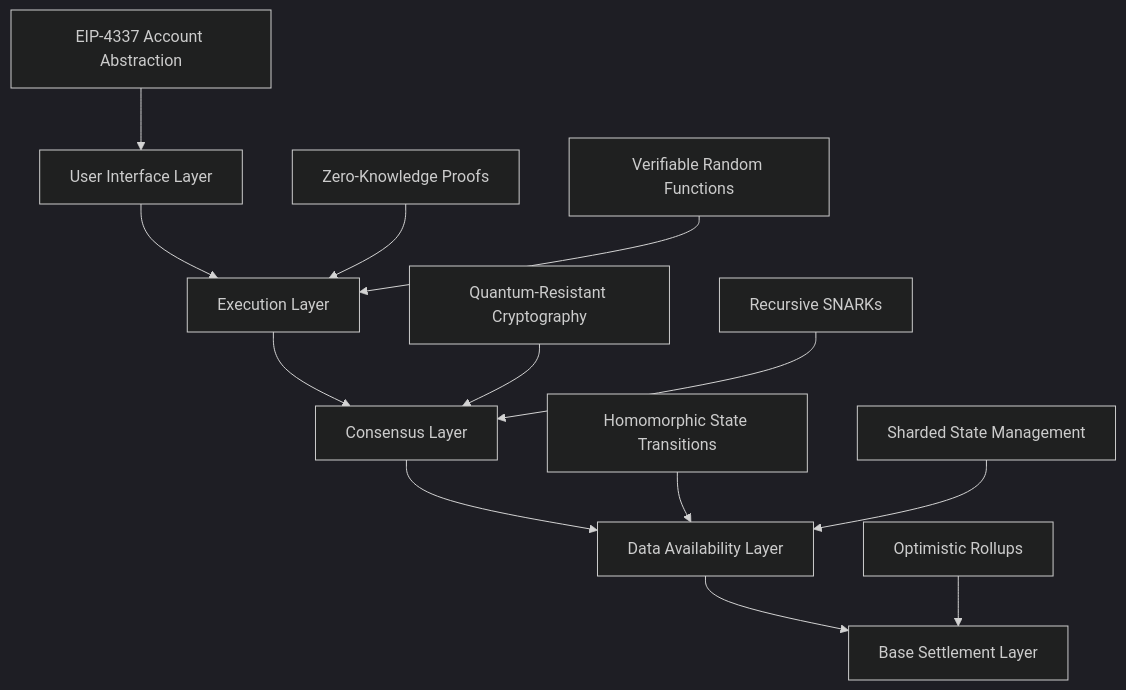
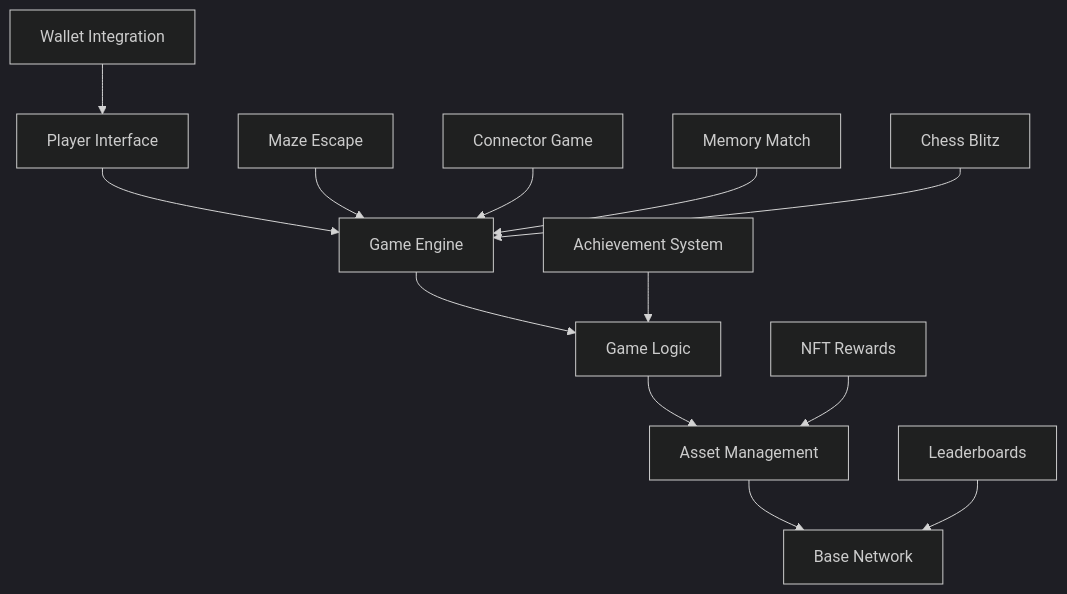
One commit to Kali-Decoder/BaseArena changed the first of 7 diagrams in README.md. Above: the diagram before and after it, drawn with Mermaid (dark theme). The commit also changed other lines of this file, not shown here.

````diff
--- a/README.md
+++ b/README.md
@@ -9,17 +9,17 @@
 ```mermaid
 graph TD
-    A[User Interface Layer] --> B[Execution Layer]
-    B --> C[Consensus Layer]
-    C --> D[Data Availability Layer]
-    D --> E[Base Settlement Layer]
+    A[Player Interface] --> B[Game Engine]
+    B --> C[Game Logic]
+    C --> D[Asset Management]
+    D --> E[Base Network]
     
-    F[Zero-Knowledge Proofs] --> B
-    G[Quantum-Resistant Cryptography] --> C
-    H[Homomorphic State Transitions] --> D
-    I[Verifiable Random Functions] --> B
+    F[Maze Escape] --> B
+    G[Connector Game] --> B
+    H[Memory Match] --> B
+    I[Chess Blitz] --> B
     
-    J[EIP-4337 Account Abstraction] --> A
-    K[Recursive SNARKs] --> C
-    L[Optimistic Rollups] --> E
-    M[Sharded State Management] --> D
+    J[Wallet Integration] --> A
+    K[Achievement System] --> C
+    L[Leaderboards] --> E
+    M[NFT Rewards] --> D
 ```
````
